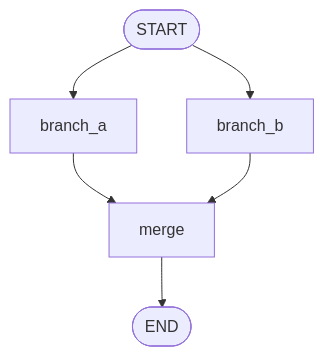
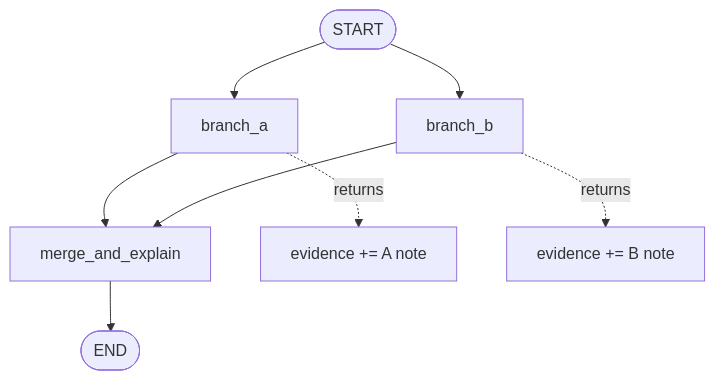
Before and after one commit to heecheon92/langgraph-playground: the first of 2 diagrams in docs/agent-patterns/patterns/04-state-reducers-and-parallel-merge-rules.md, drawn with Mermaid. The commit also changed other lines of this file and 24 other files, not shown here.

````diff
--- a/docs/agent-patterns/patterns/04-state-reducers-and-parallel-merge-rules.md
+++ b/docs/agent-patterns/patterns/04-state-reducers-and-parallel-merge-rules.md
@@ -27,8 +27,11 @@
 ```mermaid
 flowchart TD
     Start([START]) --> A[branch_a]
     Start --> B[branch_b]
-    A --> Merge[merge]
+    A --> Merge[merge_and_explain]
     B --> Merge
     Merge --> End([END])
+
+    A -. returns .-> EA[evidence += A note]
+    B -. returns .-> EB[evidence += B note]
 ```
````
